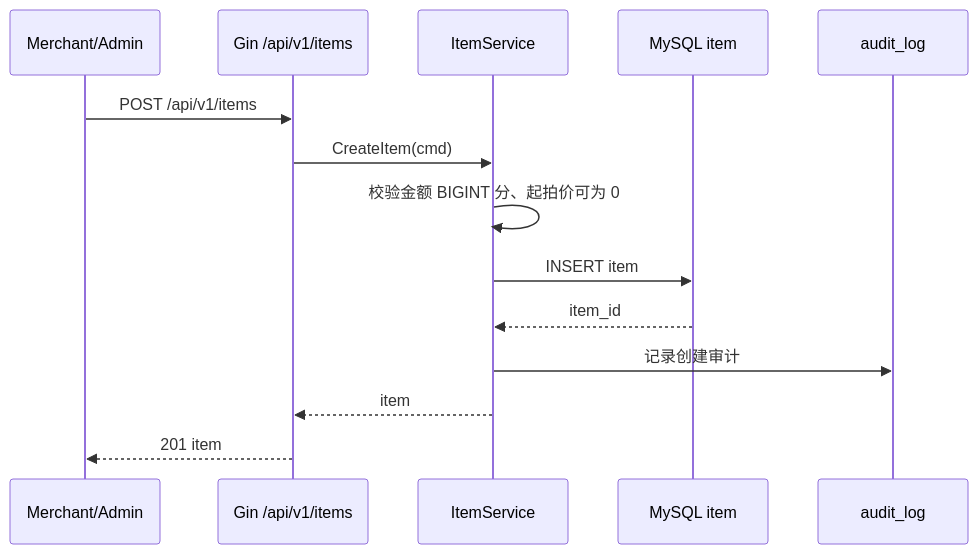
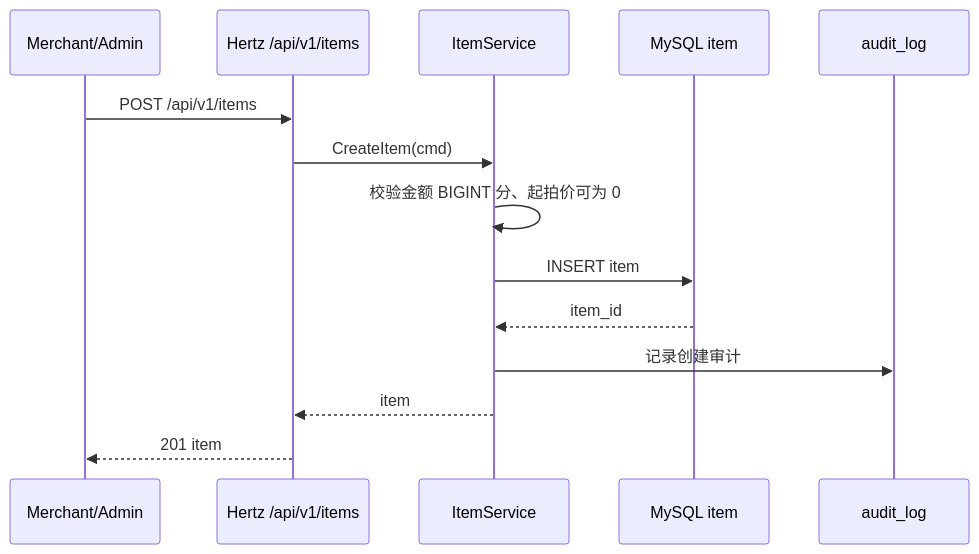
The fourth of 8 diagrams in docs/后端详细技术设计.md (Baskai959/AIeas-backend), drawn with Mermaid before and after one commit. The commit also changed other lines of this file and 122 other files, not shown here.

````diff
--- a/docs/后端详细技术设计.md
+++ b/docs/后端详细技术设计.md
@@ -228,16 +228,16 @@
 ```mermaid
 sequenceDiagram
     participant M as Merchant/Admin
-    participant API as Gin /api/v1/items
+    participant API as Hertz /api/v1/items
     participant ItemSvc as ItemService
     participant DB as MySQL item
     participant Audit as audit_log
     M->>API: POST /api/v1/items
     API->>ItemSvc: CreateItem(cmd)
     ItemSvc->>ItemSvc: 校验金额 BIGINT 分、起拍价可为 0
     ItemSvc->>DB: INSERT item
     DB-->>ItemSvc: item_id
     ItemSvc->>Audit: 记录创建审计
     ItemSvc-->>API: item
     API-->>M: 201 item
 ```
````
